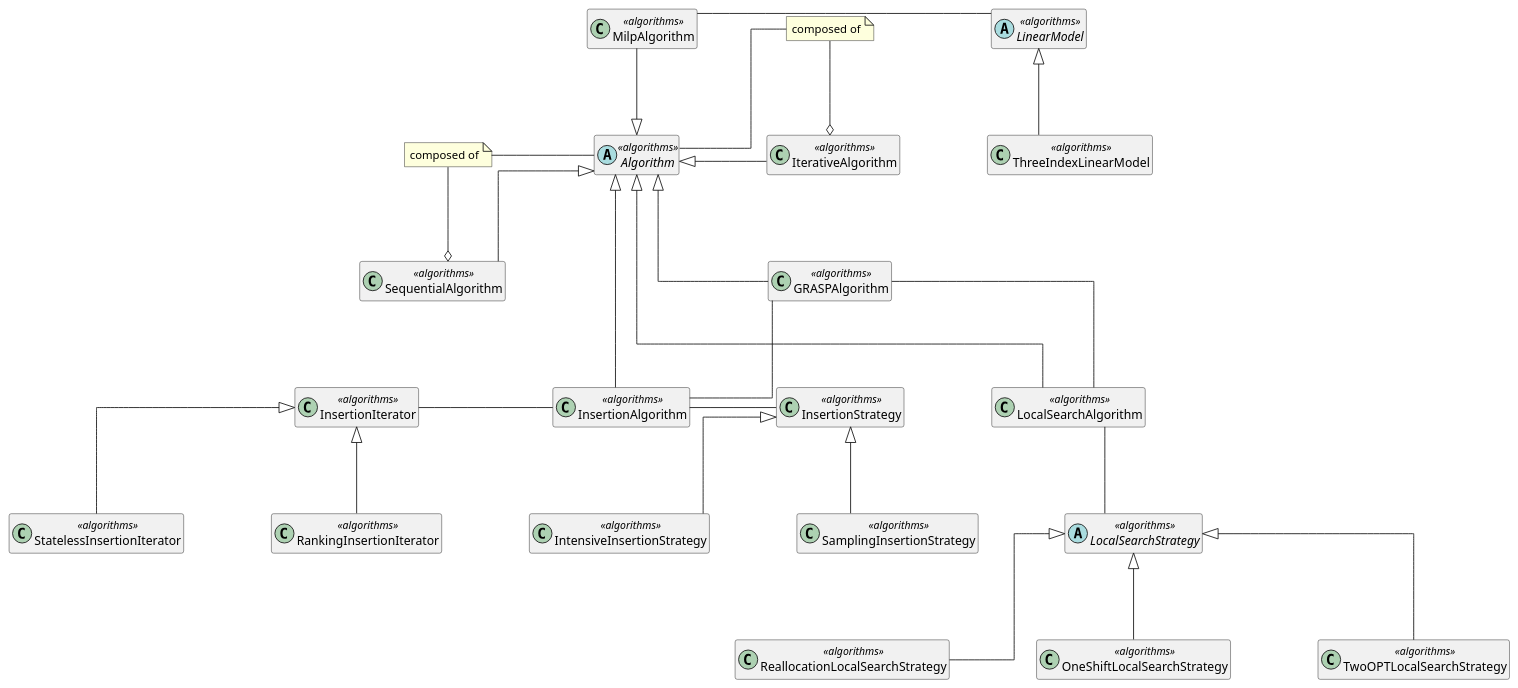
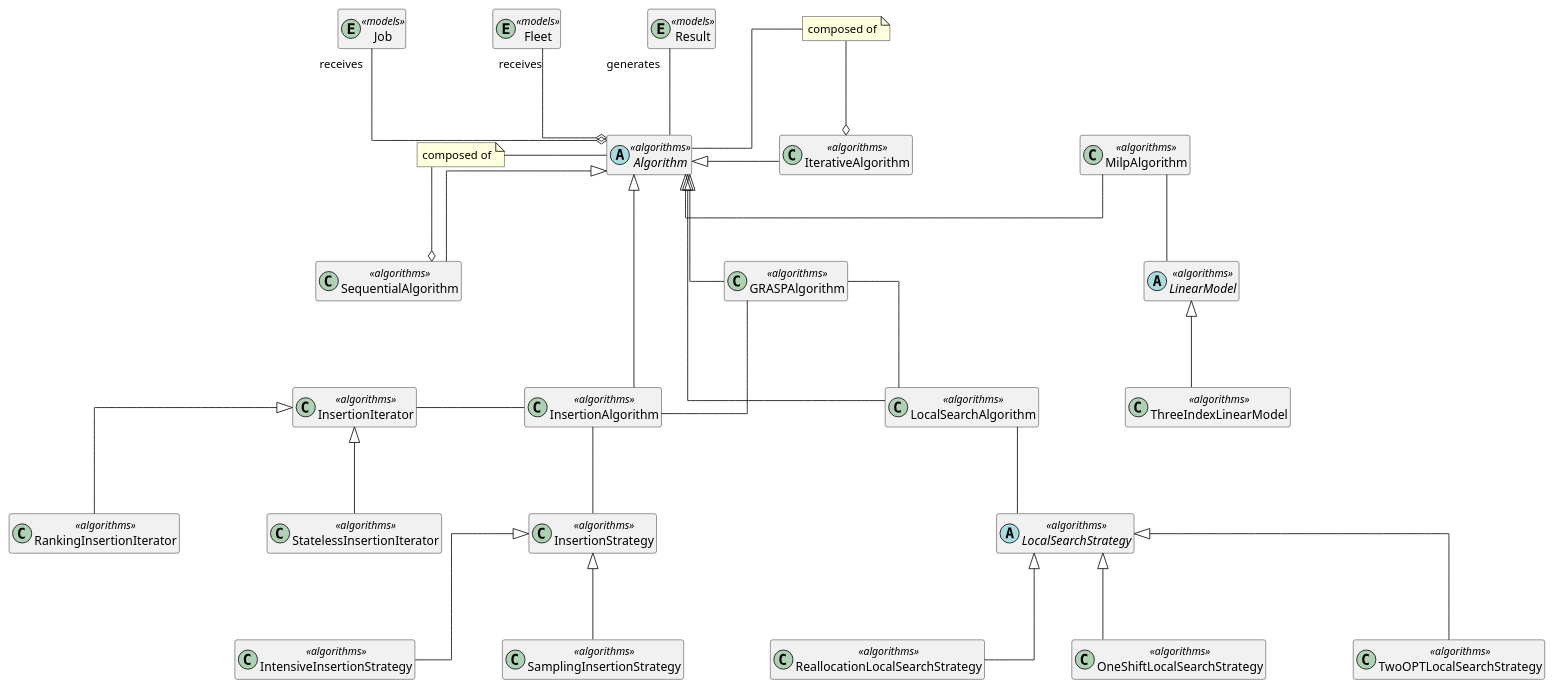
Before and after one commit to garciparedes/jinete: the diagram in docs/source/_static/algorithms.puml, drawn with PlantUML. The commit also changed 1 other file, not shown here.

Commit message:
ISSUE #101 * Minor improvements on diagrams.

```diff
--- a/docs/source/_static/algorithms.puml
+++ b/docs/source/_static/algorithms.puml
@@ -1,78 +1,89 @@
 @startuml
 skinparam linetype ortho
 skinparam nodesep 100
 skinparam ranksep 100
 
 hide empty methods
 hide empty attributes
+
+entity Job <<models>>
+entity Fleet <<models>>
+
+entity Result <<models>>
 
 abstract class Algorithm <<algorithms>>
 
 class MilpAlgorithm <<algorithms>>
 
 abstract class LinearModel <<algorithms>>
 class ThreeIndexLinearModel <<algorithms>>
 
 class InsertionAlgorithm <<algorithms>>
 
 class InsertionIterator <<algorithms>>
 class RankingInsertionIterator <<algorithms>>
 class StatelessInsertionIterator <<algorithms>>
 
 class InsertionStrategy <<algorithms>>
 class IntensiveInsertionStrategy <<algorithms>>
 class SamplingInsertionStrategy <<algorithms>>
 
 class LocalSearchAlgorithm <<algorithms>>
 
 abstract class LocalSearchStrategy <<algorithms>>
 class ReallocationLocalSearchStrategy <<algorithms>>
 class OneShiftLocalSearchStrategy <<algorithms>>
 class TwoOPTLocalSearchStrategy <<algorithms>>
 
 class GRASPAlgorithm <<algorithms>>
 class IterativeAlgorithm <<algorithms>>
 class SequentialAlgorithm <<algorithms>>
 
 
 InsertionAlgorithm -up-|> Algorithm
-MilpAlgorithm --|> Algorithm
+Algorithm <|- MilpAlgorithm
 Algorithm <|-- LocalSearchAlgorithm
 Algorithm <|-- GRASPAlgorithm
 Algorithm <|- IterativeAlgorithm
 Algorithm <|-- SequentialAlgorithm
 
 
 InsertionStrategy <|-- IntensiveInsertionStrategy
 InsertionStrategy <|-- SamplingInsertionStrategy
 
 InsertionIterator <|-- RankingInsertionIterator
 InsertionIterator <|-- StatelessInsertionIterator
 
 LinearModel <|-- ThreeIndexLinearModel
 
 LocalSearchStrategy <|-- ReallocationLocalSearchStrategy
 LocalSearchStrategy <|-- OneShiftLocalSearchStrategy
 LocalSearchStrategy <|-- TwoOPTLocalSearchStrategy
 
 
 InsertionAlgorithm -left- InsertionIterator
-InsertionAlgorithm -right- InsertionStrategy
+InsertionAlgorithm -down- InsertionStrategy
 
-MilpAlgorithm - LinearModel
+MilpAlgorithm -- LinearModel
 
 LocalSearchAlgorithm -- LocalSearchStrategy
 
 
 GRASPAlgorithm -- LocalSearchAlgorithm
 GRASPAlgorithm -- InsertionAlgorithm
 
 
 note "composed of" as N1
 N1 --o IterativeAlgorithm
 N1 - Algorithm
 
 note "composed of" as N2
 N2 --o SequentialAlgorithm
 N2 - Algorithm
+
+
+Job "receives "--o Algorithm
+Fleet "receives"--o Algorithm
+Result "generates"-- Algorithm
+
 @enduml
```
